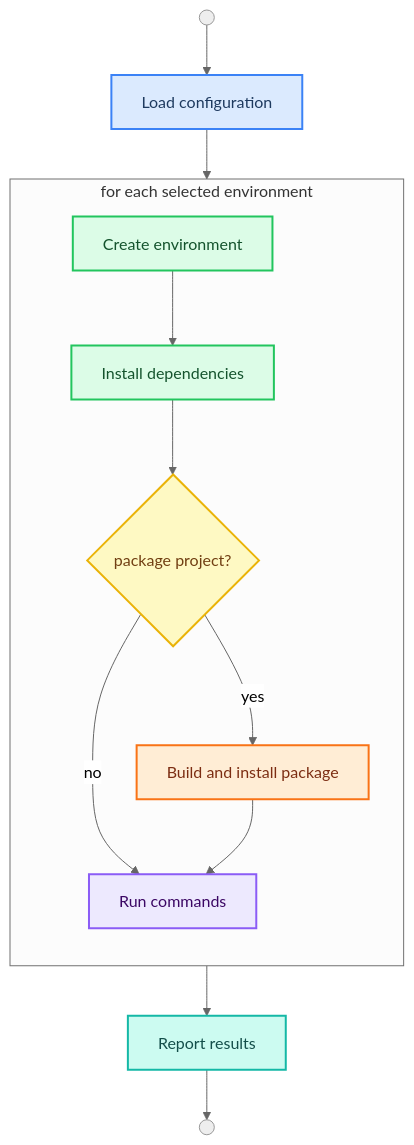
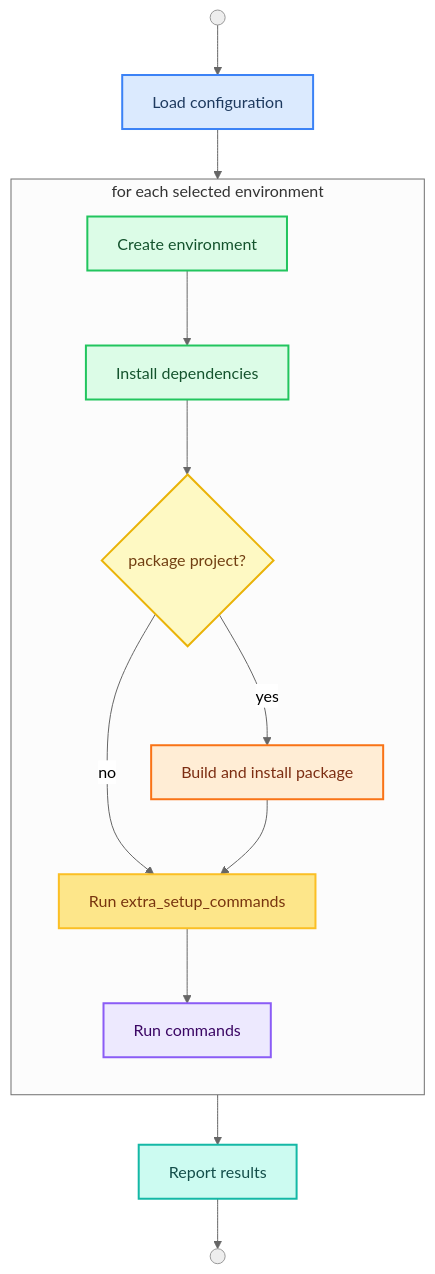
The first of 3 diagrams in docs/user_guide.rst (tox-dev/tox), drawn with Mermaid (neutral theme) before and after one commit. The commit also changed other lines of this file and 6 other files, not shown here.

First line of the commit message:
✨ feat(config): add extra_setup_commands for --notest phase

```diff
--- a/docs/user_guide.rst
+++ b/docs/user_guide.rst
@@ -27,34 +27,37 @@
 .. mermaid::
 
     flowchart TD
         start(( )) --> config[Load configuration]
 
         config --> envloop
 
         subgraph envloop [for each selected environment]
             direction TB
             create[Create environment]
             create --> deps[Install dependencies]
             deps --> pkg{package project?}
             pkg -- yes --> build[Build and install package]
-            pkg -- no --> cmds
-            build --> cmds
+            pkg -- no --> extra
+            build --> extra[Run extra_setup_commands]
+            extra --> cmds
             cmds[Run commands]
         end
 
         cmds --> report[Report results]
         report --> done(( ))
 
         classDef configStyle fill:#dbeafe,stroke:#3b82f6,stroke-width:2px,color:#1e3a5f
         classDef envStyle fill:#dcfce7,stroke:#22c55e,stroke-width:2px,color:#14532d
         classDef pkgStyle fill:#ffedd5,stroke:#f97316,stroke-width:2px,color:#7c2d12
+        classDef setupStyle fill:#fde68a,stroke:#fbbf24,stroke-width:2px,color:#78350f
         classDef cmdStyle fill:#ede9fe,stroke:#8b5cf6,stroke-width:2px,color:#3b0764
         classDef reportStyle fill:#ccfbf1,stroke:#14b8a6,stroke-width:2px,color:#134e4a
         classDef decisionStyle fill:#fef9c3,stroke:#eab308,stroke-width:2px,color:#713f12
 
         class config configStyle
         class create,deps envStyle
         class build pkgStyle
+        class extra setupStyle
         class cmds cmdStyle
         class report reportStyle
         class pkg decisionStyle
```
